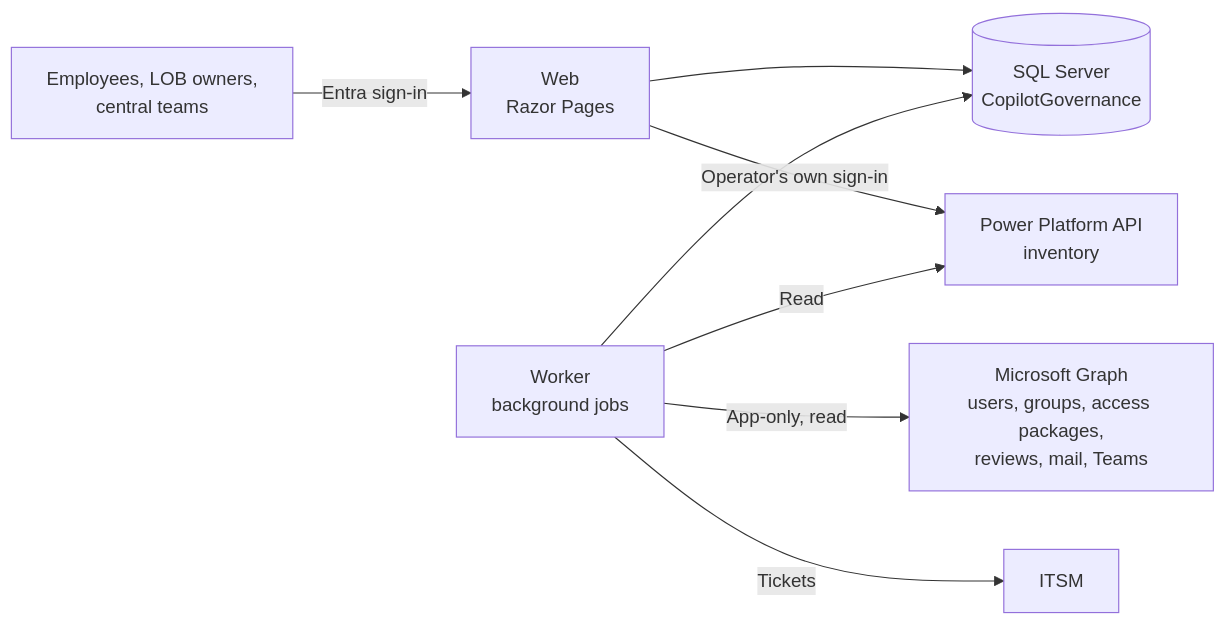
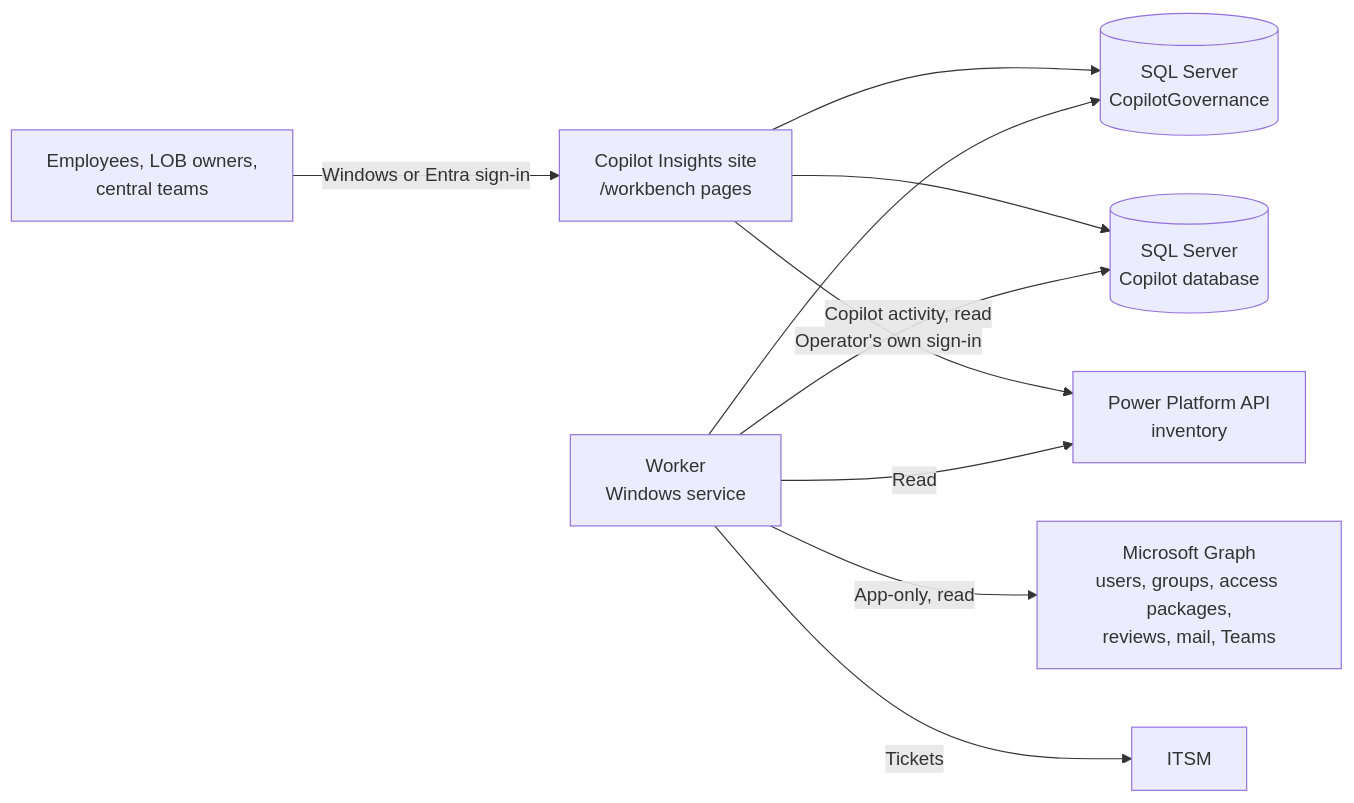
Before and after one commit to JosephSaad/copilot-audit-backfill: the diagram in governance/README.md, drawn with Mermaid. The commit also changed other lines of this file and 12 other files, not shown here.

````diff
--- a/governance/README.md
+++ b/governance/README.md
@@ -32,10 +56,12 @@
 ```mermaid
 flowchart LR
-    People["Employees, LOB owners,<br/>central teams"] -->|"Entra sign-in"| Web["Web<br/>Razor Pages"]
+    People["Employees, LOB owners,<br/>central teams"] -->|"Windows or Entra sign-in"| Web["Copilot Insights site<br/>/workbench pages"]
     Web --> SQL[("SQL Server<br/>CopilotGovernance")]
-    Worker["Worker<br/>background jobs"] --> SQL
+    Web --> Copilot[("SQL Server<br/>Copilot database")]
+    Worker["Worker<br/>Windows service"] --> SQL
+    Worker -->|"Copilot activity, read"| Copilot
     Web -->|"Operator's own sign-in"| PP["Power Platform API<br/>inventory"]
     Worker -->|"App-only, read"| Graph["Microsoft Graph<br/>users, groups, access packages,<br/>reviews, mail, Teams"]
     Worker -->|"Read"| PP
     Worker -->|"Tickets"| ITSM["ITSM"]
 ```
````
